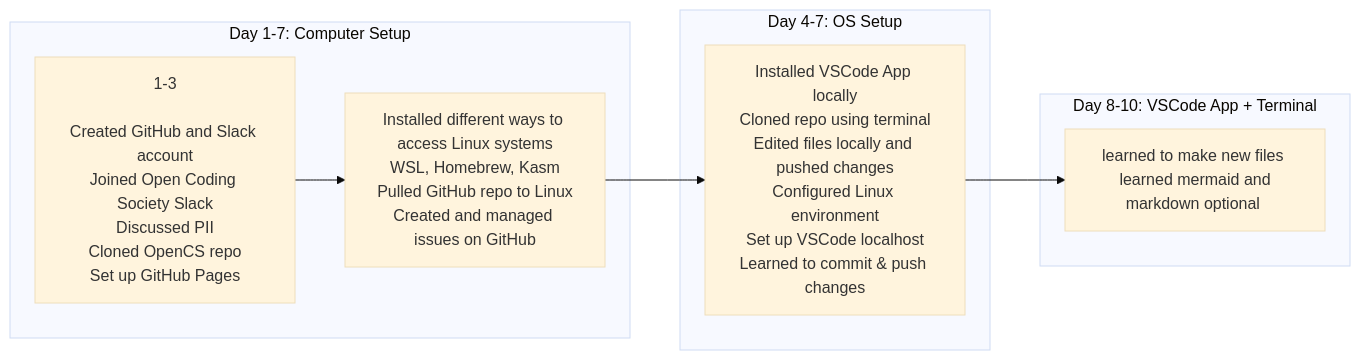
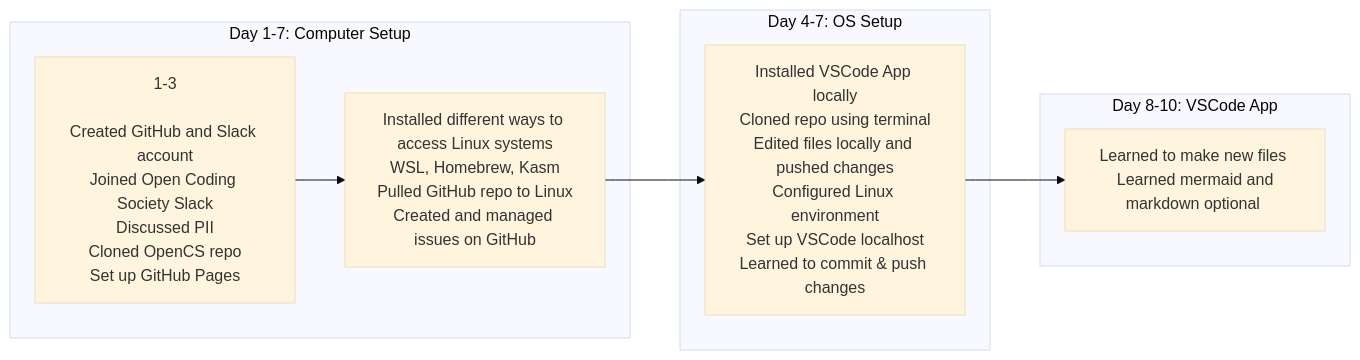
The second of 2 diagrams in _posts/Foundation/B-tools_and_equipment/2025-11-21-tools_quest.md (KMattAntonio256/student), drawn with Mermaid (base theme) before and after one commit.

Commit message:
Wording changes

````diff
--- a/_posts/Foundation/B-tools_and_equipment/2025-11-21-tools_quest.md
+++ b/_posts/Foundation/B-tools_and_equipment/2025-11-21-tools_quest.md
@@ -65,24 +65,24 @@
 ```mermaid
 flowchart LR
     %% Day 1-7: Computer Setup
     subgraph Day_1[Day 1-7: Computer Setup]
         A[1-3<br/><br/>Created GitHub and Slack account<br/>Joined Open Coding Society Slack<br/>Discussed PII<br/>Cloned OpenCS repo<br/>Set up GitHub Pages]:::dayuno
         B[Installed different ways to access Linux systems<br/>WSL, Homebrew, Kasm<br/>Pulled GitHub repo to Linux<br/>Created and managed issues on GitHub]:::daydos
     end
 
     %% Day 4-7: OS Setup
     subgraph Day_2[Day 4-7: OS Setup]
         C[Installed VSCode App locally<br/>Cloned repo using terminal<br/>Edited files locally and pushed changes<br/>Configured Linux environment<br/>Set up VSCode localhost<br/>Learned to commit & push changes]:::daytres
     end
 
     %% Day 8-10: VSCode App & Terminal
-    subgraph Day_3[Day 8-10: VSCode App + Terminal]
-        D[learned to make new files <br/> learned mermaid and markdown optional <br/> ]:::daycuatro
+    subgraph Day_3[Day 8-10: VSCode App]
+        D[Learned to make new files <br/> Learned mermaid and markdown optional <br/> ]:::daycuatro
     end
 
 
     %% Connect the Phases
     A --> B
     B --> C
     C --> D
 ```
````
